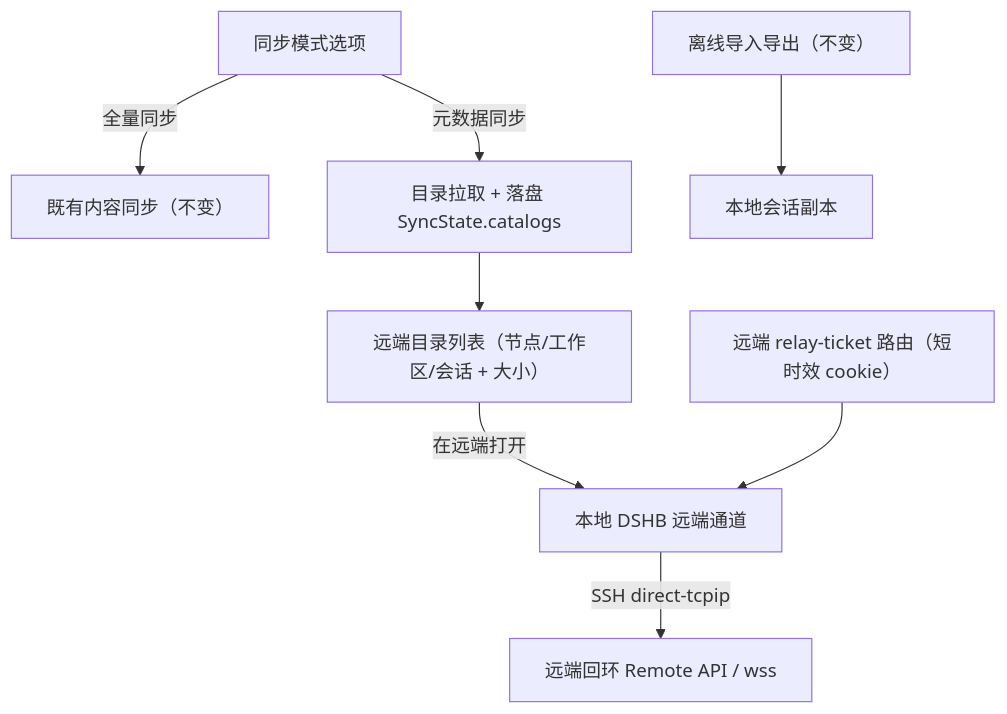
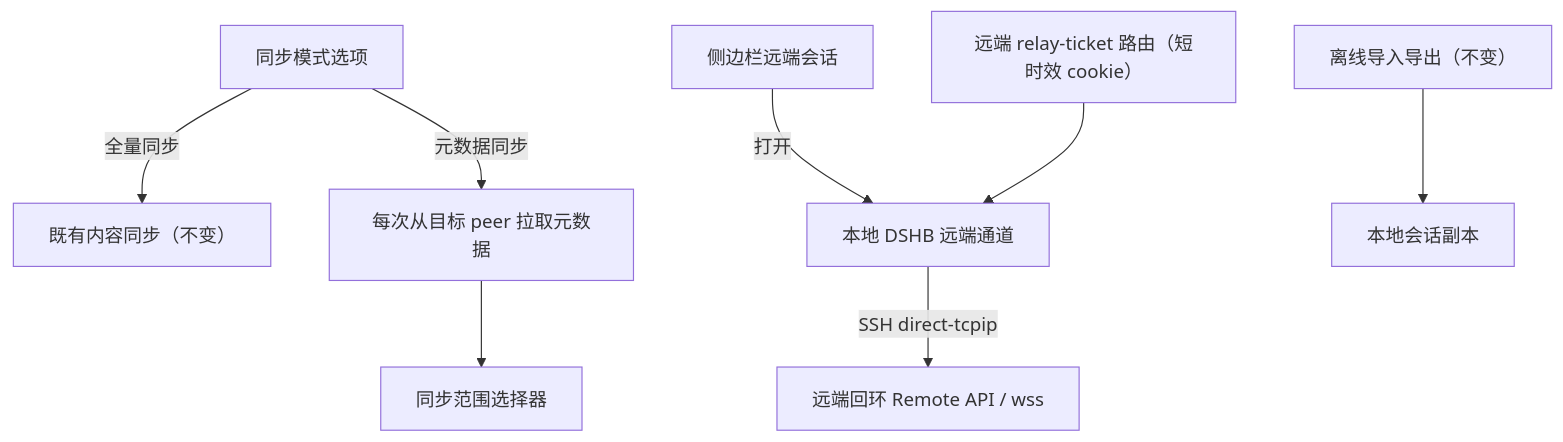
One commit to Artenx/dsh-honeybee changed the second of 2 diagrams in .monkeycode/specs/2026-11-03-remote-session-relay/design.md. Above: the diagram before and after it, drawn with Mermaid. The commit also changed other lines of this file and 18 other files, not shown here.

````diff
--- a/.monkeycode/specs/2026-11-03-remote-session-relay/design.md
+++ b/.monkeycode/specs/2026-11-03-remote-session-relay/design.md
@@ -25,10 +25,10 @@
 ```mermaid
 graph TD
     Mode["同步模式选项"] -->|"全量同步"| Full["既有内容同步（不变）"]
-    Mode -->|"元数据同步"| Catalog["目录拉取 + 落盘 SyncState.catalogs"]
-    Catalog --> Entry["远端目录列表（节点/工作区/会话 + 大小）"]
-    Entry -->|"在远端打开"| Relay["本地 DSHB 远端通道"]
+    Mode -->|"元数据同步"| Catalog["每次从目标 peer 拉取元数据"]
+    Catalog --> Scope["同步范围选择器"]
+    Sidebar["侧边栏远端会话"] -->|"打开"| Relay["本地 DSHB 远端通道"]
     Ticket["远端 relay-ticket 路由（短时效 cookie）"] --> Relay
     Relay -->|"SSH direct-tcpip"| RemoteWS["远端回环 Remote API / wss"]
     Offline["离线导入导出（不变）"] --> LocalSession["本地会话副本"]
 ```
````
